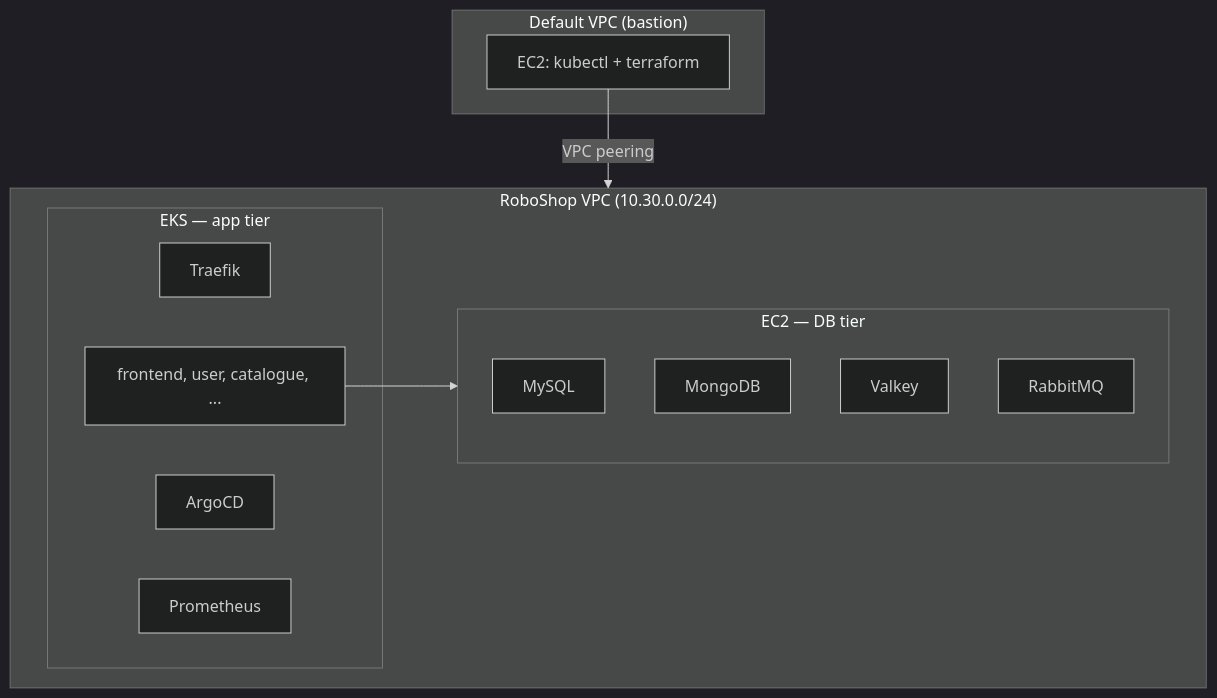
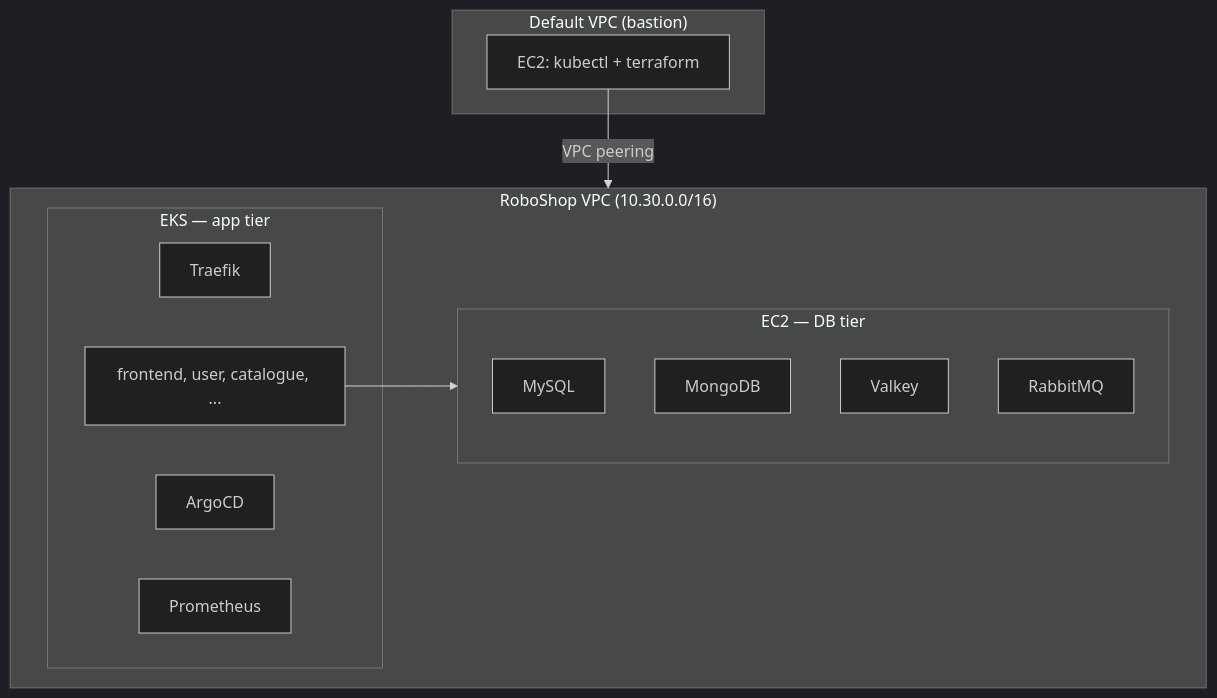
One commit to raghudevopsb88/roboshop-v2 changed the diagram in README.md. Above: the diagram before and after it, drawn with Mermaid (dark theme). The commit also changed other lines of this file and 7 other files, not shown here.

````diff
--- a/README.md
+++ b/README.md
@@ -7,24 +7,24 @@
 ```mermaid
 flowchart TB
   subgraph default_vpc["Default VPC (bastion)"]
     Bastion["EC2: kubectl + terraform"]
   end
 
-  subgraph roboshop_vpc["RoboShop VPC (10.30.0.0/24)"]
+  subgraph roboshop_vpc["RoboShop VPC (10.30.0.0/16)"]
     subgraph db["EC2 — DB tier"]
       MySQL
       MongoDB
       Valkey
       RabbitMQ
     end
     subgraph eks["EKS — app tier"]
       Traefik
       ArgoCD
       Prometheus
       Apps["frontend, user, catalogue, ..."]
     end
   end
 
   Bastion -->|VPC peering| roboshop_vpc
   Apps --> db
 ```
````
